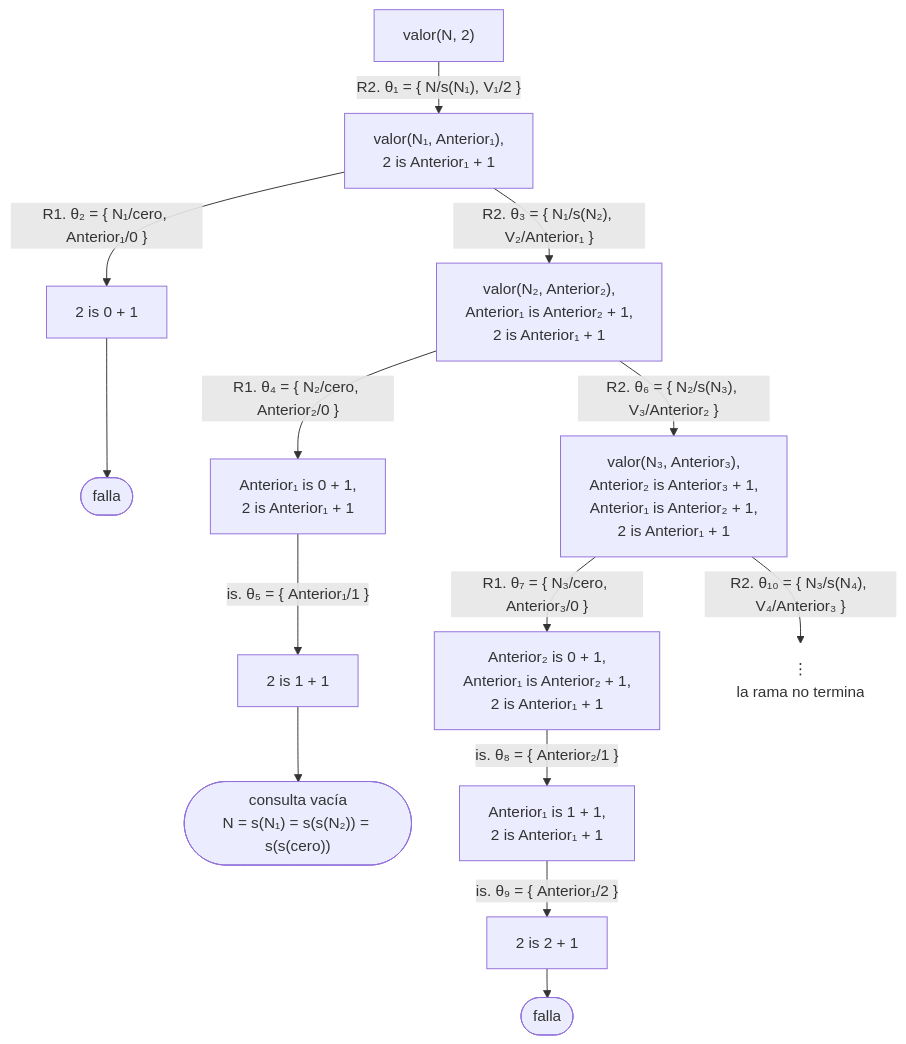
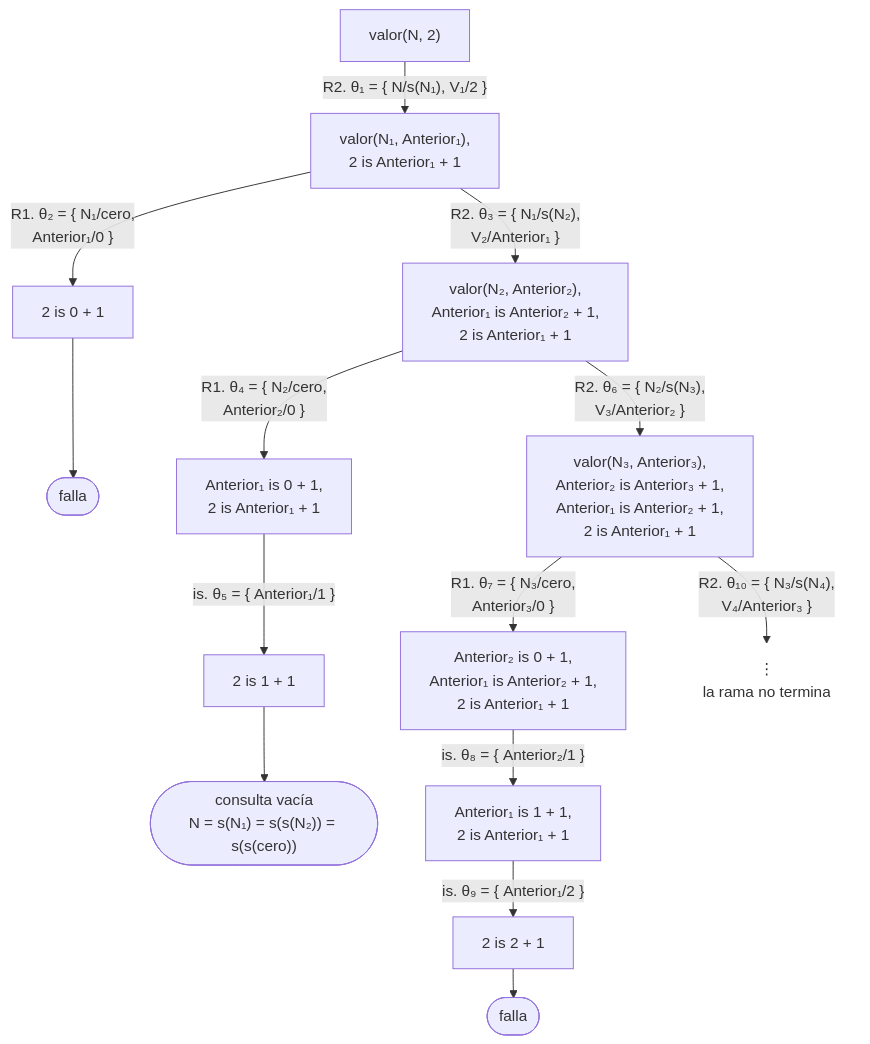
The sixth of 7 diagrams in docs/capitulo-06-recursion/soluciones.md (CesarBallardini/curso-de-prolog), drawn with Mermaid before and after one commit. The commit also changed other lines of this file and 24 other files, not shown here.

First line of the commit message:
feat(docs): botones para ocultar las columnas laterales y etiquetas cortas en los diagramas

````diff
--- a/docs/capitulo-06-recursion/soluciones.md
+++ b/docs/capitulo-06-recursion/soluciones.md
@@ -402,19 +402,19 @@
 ```mermaid
 %%{init: {"flowchart": {"rankSpacing": 30}}}%%
 flowchart TD
     A["valor(N, 2)"] -- "R2. θ₁ = {&nbsp;N/s(N₁), V₁/2&nbsp;}" --> B["valor(N₁, Anterior₁),<br/>2 is Anterior₁ + 1"]
-    B -- "R1. θ₂ = {&nbsp;N₁/cero, Anterior₁/0&nbsp;}" --> B1["2 is 0 + 1"]
+    B -- "R1. θ₂ = {&nbsp;N₁/cero,<br/>Anterior₁/0&nbsp;}" --> B1["2 is 0 + 1"]
     B1 --> F1(["falla"])
-    B -- "R2. θ₃ = {&nbsp;N₁/s(N₂), V₂/Anterior₁&nbsp;}" --> C["valor(N₂, Anterior₂),<br/>Anterior₁ is Anterior₂ + 1,<br/>2 is Anterior₁ + 1"]
-    C -- "R1. θ₄ = {&nbsp;N₂/cero, Anterior₂/0&nbsp;}" --> C1["Anterior₁ is 0 + 1,<br/>2 is Anterior₁ + 1"]
+    B -- "R2. θ₃ = {&nbsp;N₁/s(N₂),<br/>V₂/Anterior₁&nbsp;}" --> C["valor(N₂, Anterior₂),<br/>Anterior₁ is Anterior₂ + 1,<br/>2 is Anterior₁ + 1"]
+    C -- "R1. θ₄ = {&nbsp;N₂/cero,<br/>Anterior₂/0&nbsp;}" --> C1["Anterior₁ is 0 + 1,<br/>2 is Anterior₁ + 1"]
     C1 -- "is. θ₅ = {&nbsp;Anterior₁/1&nbsp;}" --> C2["2 is 1 + 1"]
     C2 --> S(["consulta vacía<br/>N = s(N₁) = s(s(N₂)) = s(s(cero))"])
-    C -- "R2. θ₆ = {&nbsp;N₂/s(N₃), V₃/Anterior₂&nbsp;}" --> D["valor(N₃, Anterior₃),<br/>Anterior₂ is Anterior₃ + 1,<br/>Anterior₁ is Anterior₂ + 1,<br/>2 is Anterior₁ + 1"]
-    D -- "R1. θ₇ = {&nbsp;N₃/cero, Anterior₃/0&nbsp;}" --> D1["Anterior₂ is 0 + 1,<br/>Anterior₁ is Anterior₂ + 1,<br/>2 is Anterior₁ + 1"]
+    C -- "R2. θ₆ = {&nbsp;N₂/s(N₃),<br/>V₃/Anterior₂&nbsp;}" --> D["valor(N₃, Anterior₃),<br/>Anterior₂ is Anterior₃ + 1,<br/>Anterior₁ is Anterior₂ + 1,<br/>2 is Anterior₁ + 1"]
+    D -- "R1. θ₇ = {&nbsp;N₃/cero,<br/>Anterior₃/0&nbsp;}" --> D1["Anterior₂ is 0 + 1,<br/>Anterior₁ is Anterior₂ + 1,<br/>2 is Anterior₁ + 1"]
     D1 -- "is. θ₈ = {&nbsp;Anterior₂/1&nbsp;}" --> D2["Anterior₁ is 1 + 1,<br/>2 is Anterior₁ + 1"]
     D2 -- "is. θ₉ = {&nbsp;Anterior₁/2&nbsp;}" --> D3["2 is 2 + 1"]
     D3 --> F2(["falla"])
-    D -- "R2. θ₁₀ = {&nbsp;N₃/s(N₄), V₄/Anterior₃&nbsp;}" --> E["⋮<br/>la rama no termina"]
+    D -- "R2. θ₁₀ = {&nbsp;N₃/s(N₄),<br/>V₄/Anterior₃&nbsp;}" --> E["⋮<br/>la rama no termina"]
     classDef abierto fill:none,stroke:none;
     class E abierto;
 ```
````
